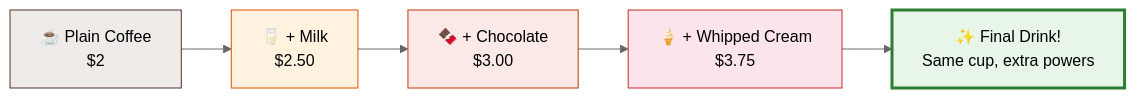
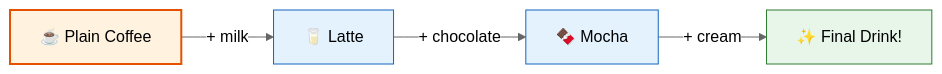
Before and after one commit to saivamsikaruturi/vamsilabs-dev-notes-main: the first of 3 diagrams in docs/designpatterns/structuralDesignPatterns/DecoratorDesignPattern.md, drawn with Mermaid (neutral theme). The commit also changed other lines of this file and 42 other files, not shown here.

````diff
--- a/docs/designpatterns/structuralDesignPatterns/DecoratorDesignPattern.md
+++ b/docs/designpatterns/structuralDesignPatterns/DecoratorDesignPattern.md
@@ -12,13 +12,11 @@
 ```mermaid
 flowchart LR
-    A["☕ Plain Coffee<br/>$2"] --> B["🥛 + Milk<br/>$2.50"]
-    B --> C["🍫 + Chocolate<br/>$3.00"]
-    C --> D["🍦 + Whipped Cream<br/>$3.75"]
-    D --> E["✨ Final Drink!<br/>Same cup, extra powers"]
-    
-    style A fill:#EFEBE9,stroke:#4E342E,color:#000
-    style B fill:#FFF3E0,stroke:#E65100,color:#000
-    style C fill:#FBE9E7,stroke:#BF360C,color:#000
-    style D fill:#FCE4EC,stroke:#C62828,color:#000
-    style E fill:#E8F5E9,stroke:#2E7D32,stroke-width:3px,color:#000
+    A["☕ Plain Coffee"] -->|"+ milk"| B["🥛 Latte"]
+    B -->|"+ chocolate"| C["🍫 Mocha"]
+    C -->|"+ cream"| D["✨ Final Drink!"]
+
+    style A fill:#FFF3E0,stroke:#E65100,stroke-width:2px,color:#000
+    style B fill:#E3F2FD,stroke:#1565C0,color:#000
+    style C fill:#E3F2FD,stroke:#1565C0,color:#000
+    style D fill:#E8F5E9,stroke:#2E7D32,color:#000
 ```
````
